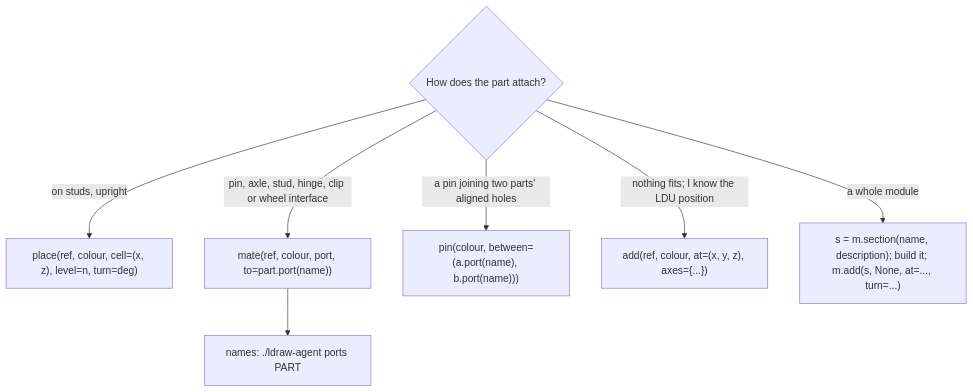
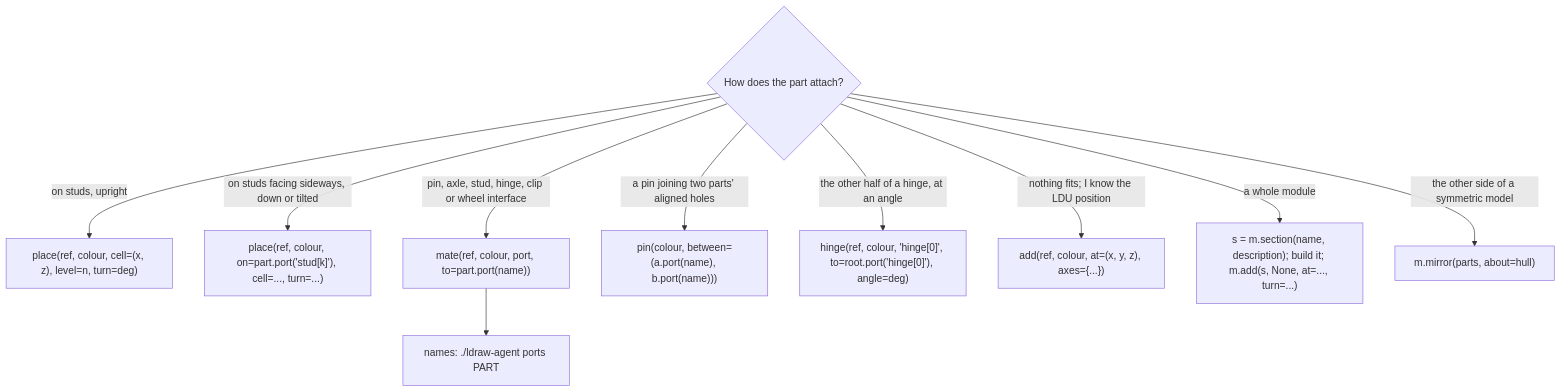
The diagram in docs/agent/kit.md (anteloc/ldraw-nova), drawn with Mermaid before and after one commit. The commit also changed other lines of this file and 1270 other files, not shown here.

````diff
--- a/docs/agent/kit.md
+++ b/docs/agent/kit.md
@@ -19,9 +19,12 @@
 ```mermaid
 flowchart TD
   Q{How does the part attach?} -->|"on studs, upright"| P["place(ref, colour, cell=(x, z), level=n, turn=deg)"]
+  Q -->|"on studs facing sideways, down or tilted"| O["place(ref, colour, on=part.port('stud[k]'), cell=..., turn=...)"]
   Q -->|"pin, axle, stud, hinge, clip or wheel interface"| M["mate(ref, colour, port, to=part.port(name))"]
   Q -->|"a pin joining two parts' aligned holes"| T["pin(colour, between=(a.port(name), b.port(name)))"]
+  Q -->|"the other half of a hinge, at an angle"| H["hinge(ref, colour, 'hinge[0]', to=root.port('hinge[0]'), angle=deg)"]
   Q -->|"nothing fits; I know the LDU position"| A["add(ref, colour, at=(x, y, z), axes={...})"]
   Q -->|"a whole module"| S["s = m.section(name, description); build it; m.add(s, None, at=..., turn=...)"]
+  Q -->|"the other side of a symmetric model"| R["m.mirror(parts, about=hull)"]
   M --> N["names: ./ldraw-agent ports PART"]
 ```
````
